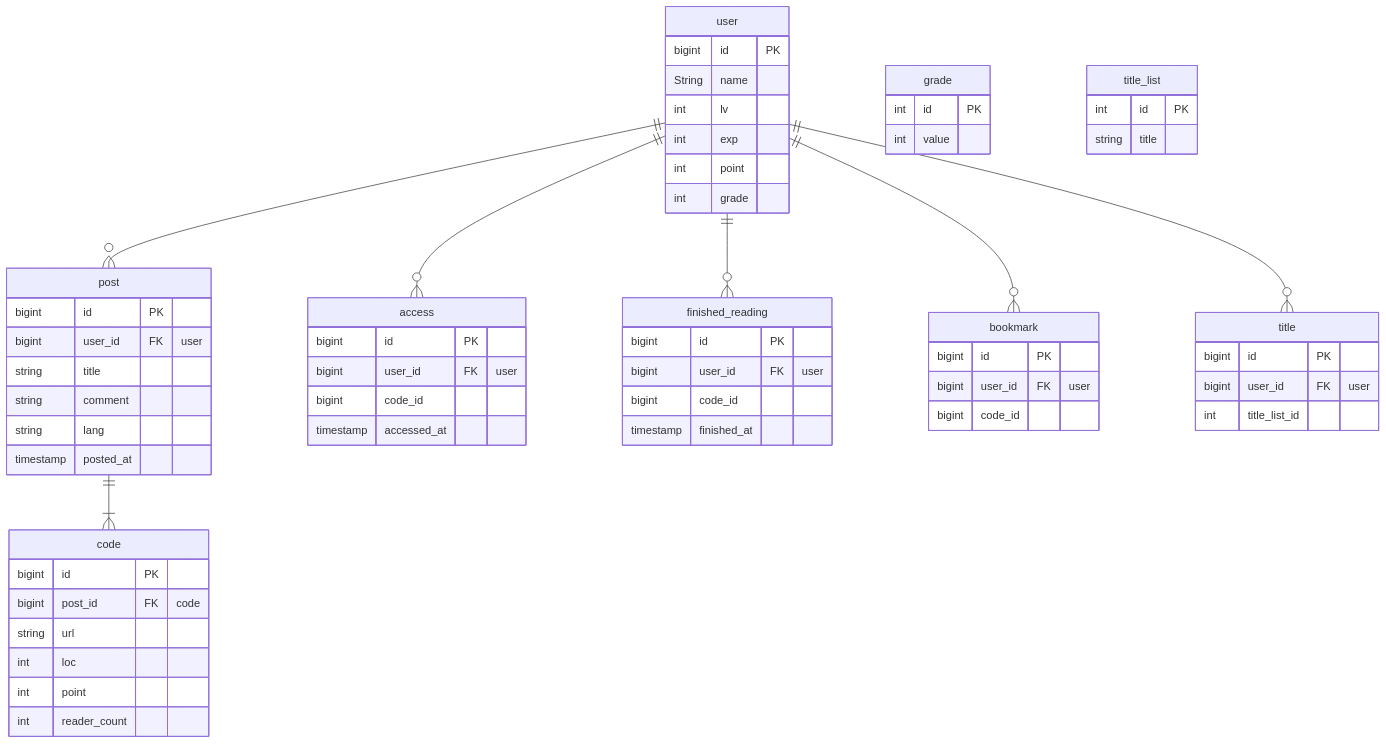
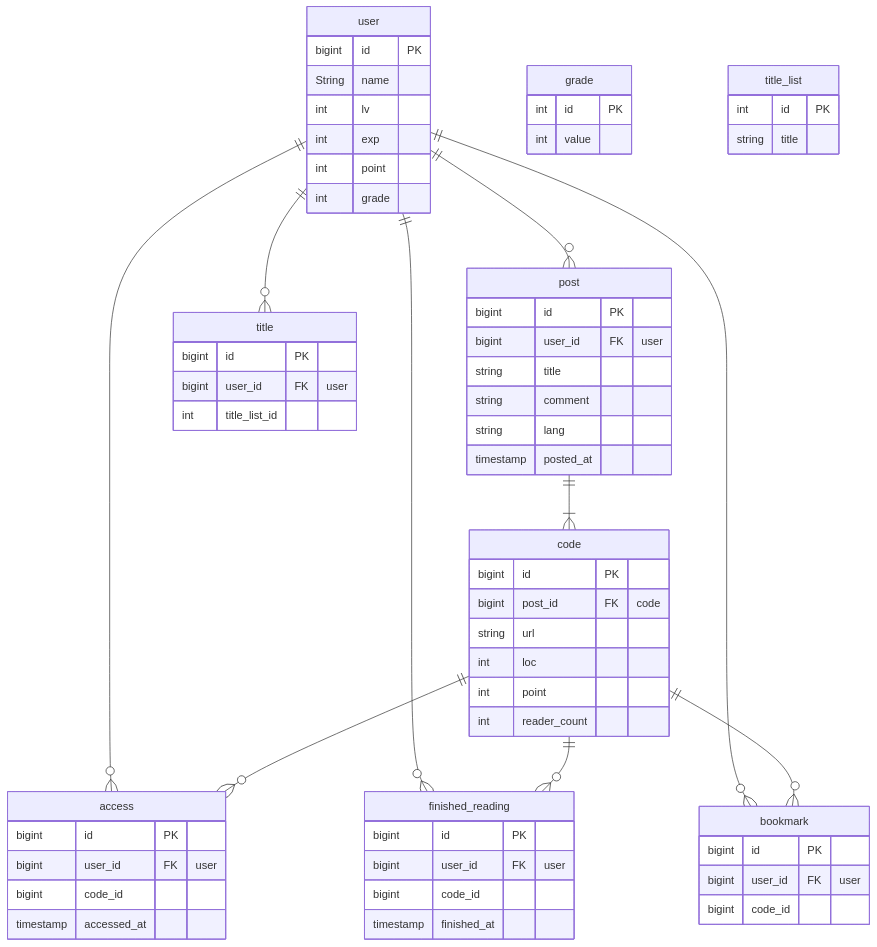
One commit to KimuraRyunosuke/CodeLeader changed the diagram in chart/ER.md. Above: the diagram before and after it, drawn with Mermaid.

````diff
--- a/chart/ER.md
+++ b/chart/ER.md
@@ -1,72 +1,75 @@
 ```mermaid
 erDiagram
     user {
         bigint id PK
         String name
         int lv
         int exp
         int point
         int grade
     }
 
     post {
         bigint id PK
         bigint user_id FK "user"
         string title
         string comment
         string lang
         timestamp posted_at
     }
 
     code {
         bigint id PK
         bigint post_id FK "code"
         string url
         int loc
         int point
         int reader_count
     }
 
     access {
         bigint id PK
         bigint user_id FK "user"
         bigint code_id
         timestamp accessed_at
     }
 
     finished_reading {
         bigint id PK
         bigint user_id FK "user"
         bigint code_id
         timestamp finished_at
     }
 
     bookmark {
         bigint id PK
         bigint user_id FK "user"
         bigint code_id
     }
 
     title {
         bigint id PK
         bigint user_id FK "user"
         int title_list_id
     }
 
     grade {
         int id PK
         int value
     }
 
     title_list {
         int id PK
         string title
     }
 
     user ||--o{ post : ""
     user ||--o{ access : ""
     user ||--o{ finished_reading : ""
     user ||--o{ bookmark : ""
     user ||--o{ title : ""
     post ||--|{ code : ""
+    code ||--o{ access : ""
+    code ||--o{ finished_reading : ""
+    code ||--o{ bookmark : ""
 ```
````
